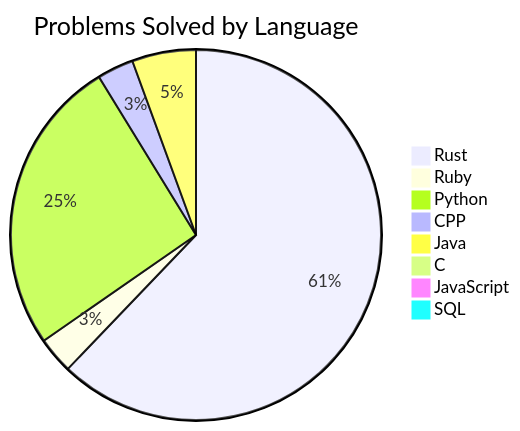
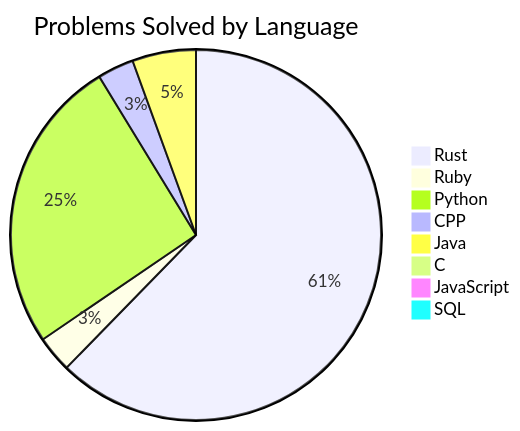
Before and after one commit to Liam-Wirth/leetcode-solutions: the second of 2 diagrams in README.md, drawn with Mermaid. The commit also changed other lines of this file and 5 other files, not shown here.

````diff
--- a/README.md
+++ b/README.md
@@ -47,11 +47,11 @@
 ```mermaid
 pie title Problems Solved by Language
-    "Rust": 156
+    "Rust": 157
     "Ruby": 8
     "Python": 65
     "CPP": 8
     "Java": 14
     "C": 1
     "JavaScript": 2
     "SQL": 2
 ```
````
